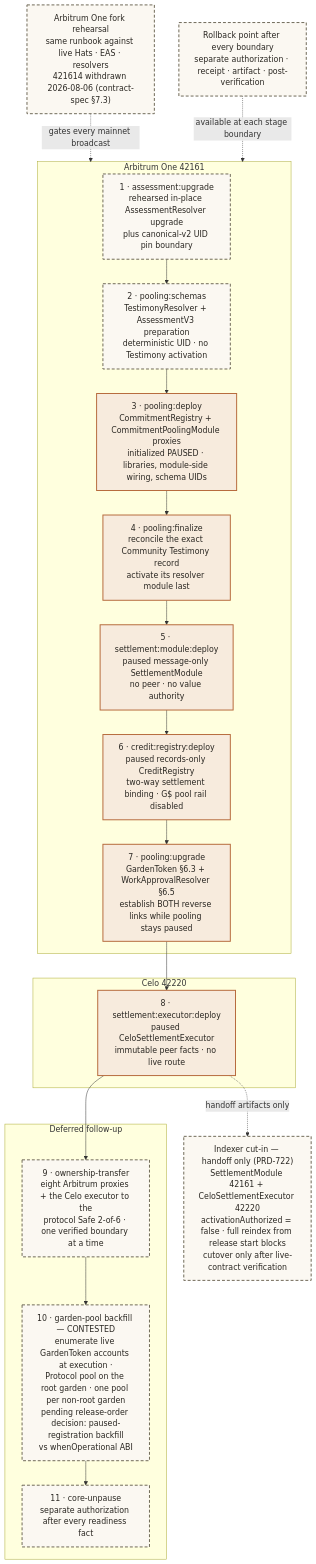
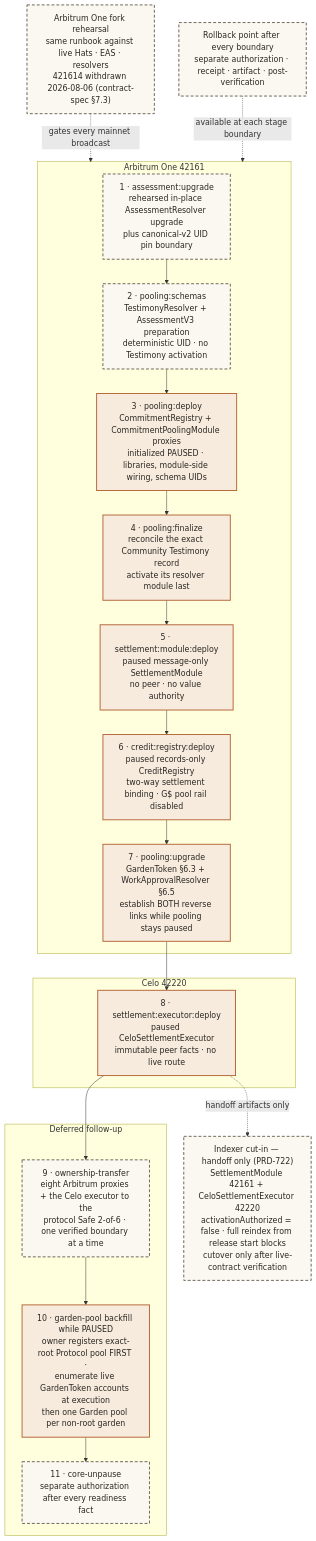
One commit to greenpill-dev-guild/green-goods changed diagram 38 of 44 in .plans/active/commitment-pooling/diagrams.md. Above: the diagram before and after it, drawn with Mermaid. The commit also changed other lines of this file and 9 other files, not shown here.

````diff
--- a/.plans/active/commitment-pooling/diagrams.md
+++ b/.plans/active/commitment-pooling/diagrams.md
@@ -2313,40 +2315,40 @@
 ```mermaid
 flowchart TB
   subgraph ARB1["Arbitrum One 42161"]
     S1["1 · assessment:upgrade<br/>rehearsed in-place AssessmentResolver upgrade<br/>plus canonical-v2 UID pin boundary"]
     S2["2 · pooling:schemas<br/>TestimonyResolver + AssessmentV3 preparation<br/>deterministic UID · no Testimony activation"]
     S3["3 · pooling:deploy<br/>CommitmentRegistry + CommitmentPoolingModule proxies<br/>initialized PAUSED · libraries, module-side wiring, schema UIDs"]
     S4["4 · pooling:finalize<br/>reconcile the exact Community Testimony record<br/>activate its resolver module last"]
     S5["5 · settlement:module:deploy<br/>paused message-only SettlementModule<br/>no peer · no value authority"]
     S6["6 · credit:registry:deploy<br/>paused records-only CreditRegistry<br/>two-way settlement binding · G$ pool rail disabled"]
     S7["7 · pooling:upgrade<br/>GardenToken §6.3 + WorkApprovalResolver §6.5<br/>establish BOTH reverse links while pooling stays paused"]
     S1 --> S2 --> S3 --> S4 --> S5 --> S6 --> S7
   end
 
   subgraph CELO1["Celo 42220"]
     S8["8 · settlement:executor:deploy<br/>paused CeloSettlementExecutor<br/>immutable peer facts · no live route"]
   end
 
   subgraph FOLLOW["Deferred follow-up"]
     S9["9 · ownership-transfer<br/>eight Arbitrum proxies + the Celo executor to the<br/>protocol Safe 2-of-6 · one verified boundary at a time"]
-    S10["10 · garden-pool backfill — CONTESTED<br/>enumerate live GardenToken accounts at execution ·<br/>Protocol pool on the root garden · one pool per non-root garden<br/>pending release-order decision: paused-registration backfill<br/>vs whenOperational ABI"]
+    S10["10 · garden-pool backfill while PAUSED<br/>owner registers exact-root Protocol pool FIRST ·<br/>enumerate live GardenToken accounts at execution<br/>then one Garden pool per non-root garden"]
     S11["11 · core-unpause<br/>separate authorization after every readiness fact"]
     S9 --> S10 --> S11
   end
 
   IDX["Indexer cut-in — handoff only (PRD-722)<br/>SettlementModule 42161 + CeloSettlementExecutor 42220<br/>activationAuthorized = false · full reindex from release start blocks<br/>cutover only after live-contract verification"]
 
   REHEARSE["Arbitrum One fork rehearsal<br/>same runbook against live Hats · EAS · resolvers<br/>421614 withdrawn 2026-08-06 (contract-spec §7.3)"]
   ROLLBACK["Rollback point after every boundary<br/>separate authorization · receipt · artifact · post-verification"]
 
   S7 --> S8
   S8 --> S9
   S8 -.->|"handoff artifacts only"| IDX
   REHEARSE -.->|"gates every mainnet broadcast"| ARB1
   ROLLBACK -.->|"available at each stage boundary"| ARB1
 
   classDef planned fill:#fbf8f2,stroke:#6e6857,stroke-width:2px,stroke-dasharray:6 4,color:#2a2722
   classDef paused fill:#f7ebdd,stroke:#b66a3c,stroke-width:2px,color:#2a2722
-  class S1,S2,S9,S10,S11,IDX,REHEARSE,ROLLBACK planned
-  class S3,S4,S5,S6,S7,S8 paused
+  class S1,S2,S9,S11,IDX,REHEARSE,ROLLBACK planned
+  class S3,S4,S5,S6,S7,S8,S10 paused
 ```
````
